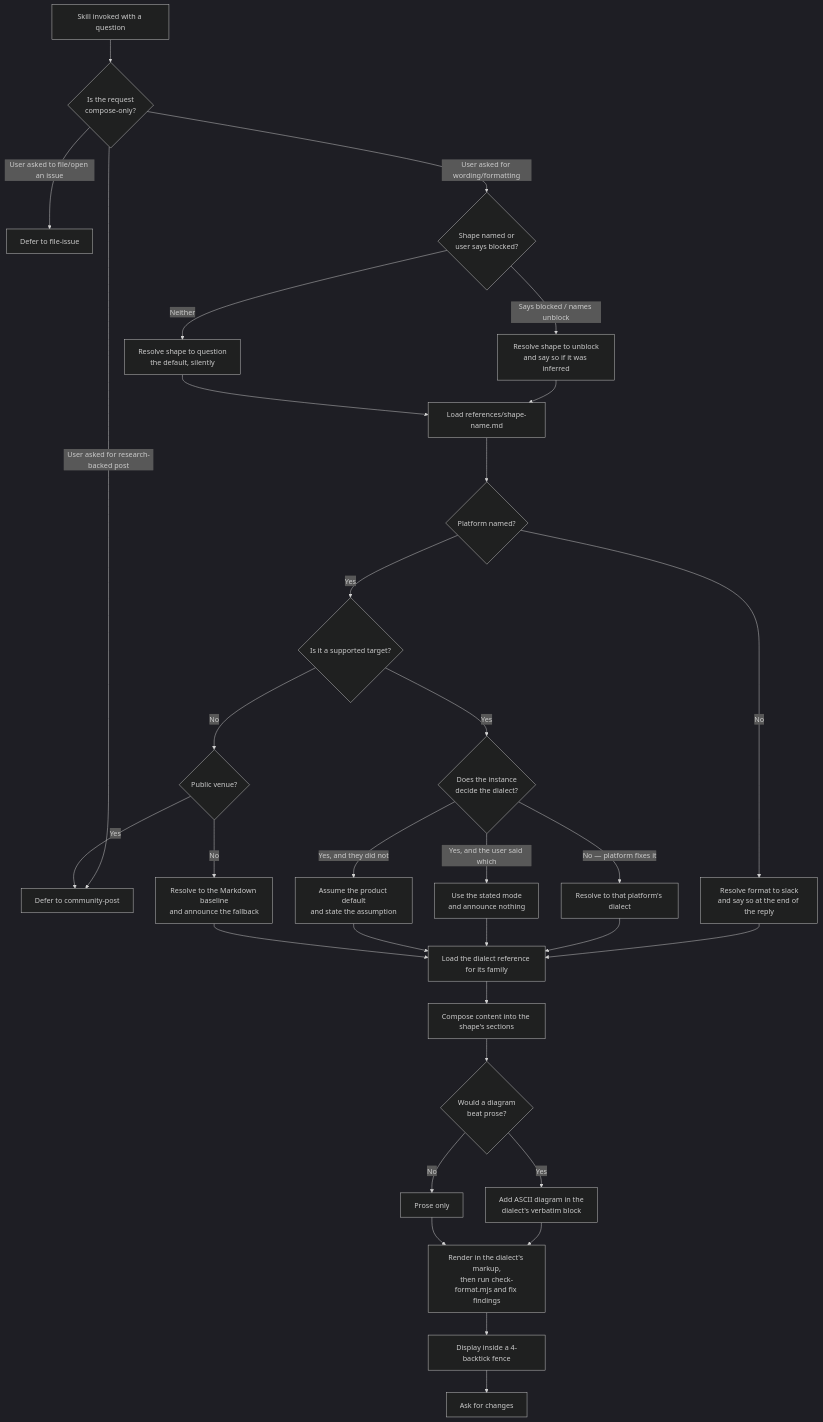
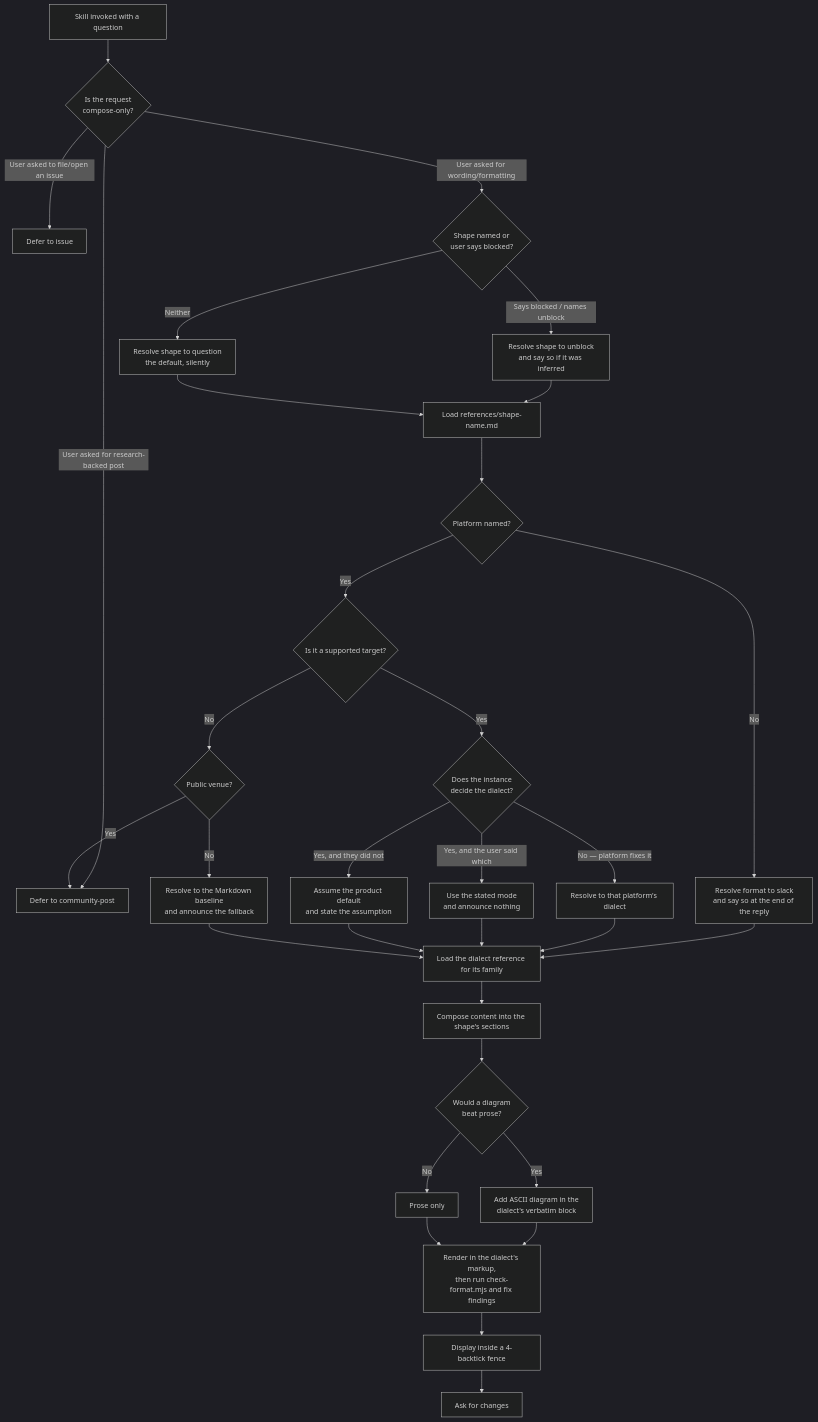
Before and after one commit to repobuddy/repobuddy: the first of 2 diagrams in .agents/spec/agent-skills/to-question/README.md, drawn with Mermaid (dark theme). The commit also changed other lines of this file and 29 other files, not shown here.

````diff
--- a/.agents/spec/agent-skills/to-question/README.md
+++ b/.agents/spec/agent-skills/to-question/README.md
@@ -268,34 +268,34 @@
 ```mermaid
 graph TD
     A[Skill invoked with a question] --> B{Is the request<br/>compose-only?}
-    B -->|User asked to file/open an issue| C[Defer to file-issue]
+    B -->|User asked to file/open an issue| C[Defer to issue]
     B -->|User asked for research-backed post| D[Defer to community-post]
     B -->|User asked for wording/formatting| S1{Shape named or<br/>user says blocked?}
     S1 -->|Says blocked / names unblock| S2[Resolve shape to unblock<br/>and say so if it was inferred]
     S1 -->|Neither| S3[Resolve shape to question<br/>the default, silently]
     S2 --> S4[Load references/shape-name.md]
     S3 --> S4
     S4 --> E{Platform named?}
     E -->|No| F[Resolve format to slack<br/>and say so at the end of the reply]
     E -->|Yes| G{Is it a supported target?}
     G -->|Yes| G1{Does the instance<br/>decide the dialect?}
     G -->|No| G0{Public venue?}
     G0 -->|Yes| D
     G0 -->|No| G2[Resolve to the Markdown baseline<br/>and announce the fallback]
     G1 -->|No — platform fixes it| G3[Resolve to that platform's dialect]
     G1 -->|Yes, and the user said which| G4[Use the stated mode<br/>and announce nothing]
     G1 -->|Yes, and they did not| G5[Assume the product default<br/>and state the assumption]
     F --> H[Load the dialect reference for its family]
     G3 --> H
     G4 --> H
     G5 --> H
     G2 --> H
     H --> I[Compose content into the shape's sections]
     I --> J{Would a diagram<br/>beat prose?}
     J -->|Yes| K[Add ASCII diagram in the<br/>dialect's verbatim block]
     J -->|No| L[Prose only]
     K --> M[Render in the dialect's markup,<br/>then run check-format.mjs and fix findings]
     L --> M
     M --> N[Display inside a 4-backtick fence]
     N --> O[Ask for changes]
 ```
````
